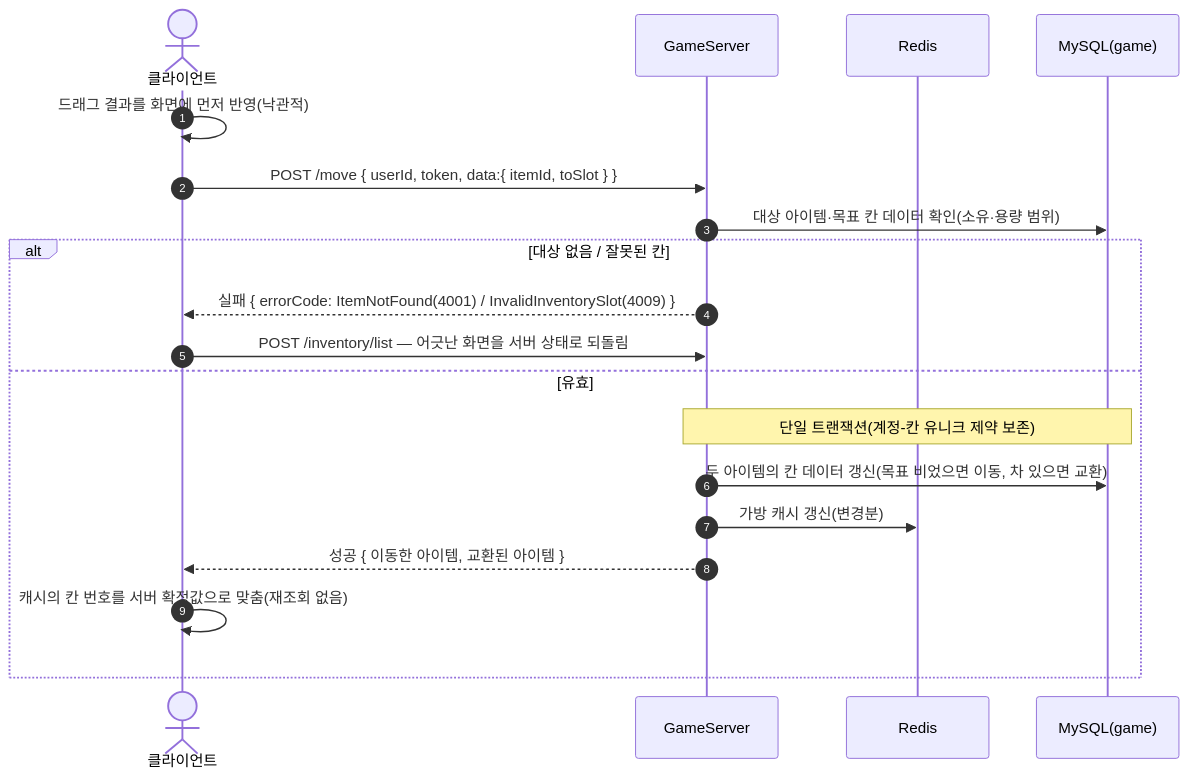
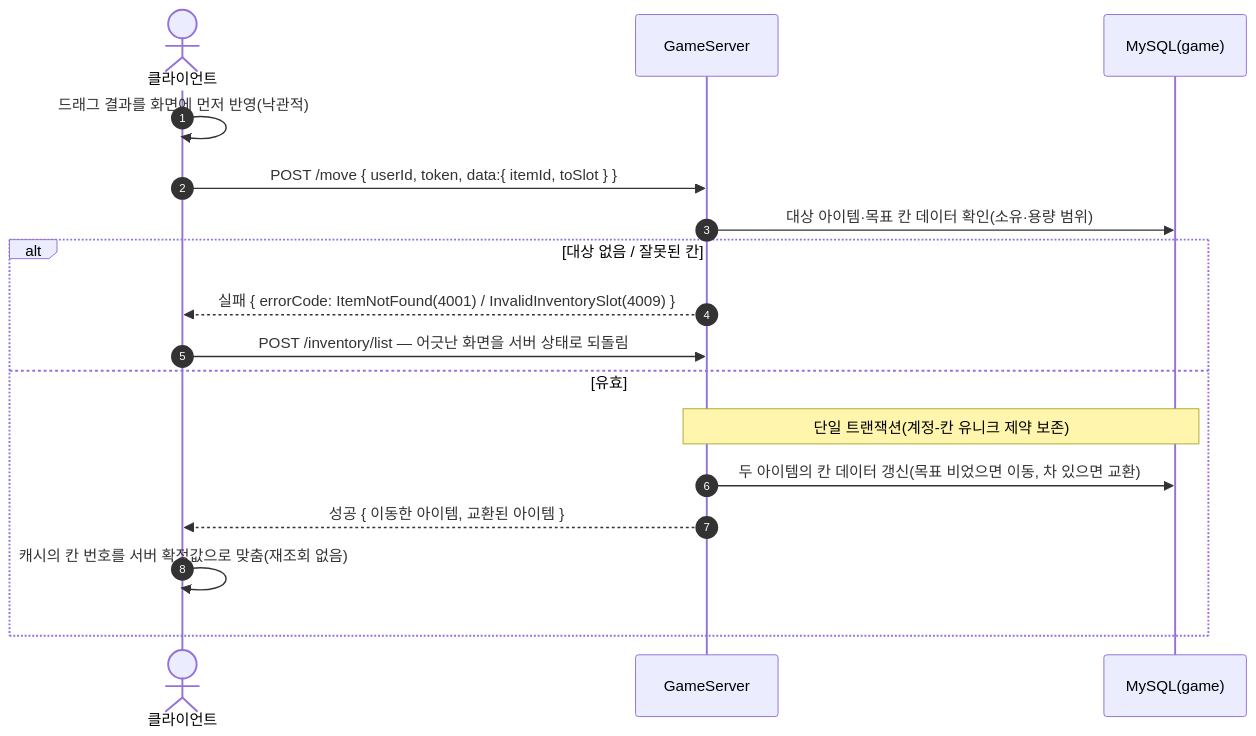
One commit to ks-wook/com2us-taskbar-hero changed diagram 14 of 38 in SequenceDiagram/README.md. Above: the diagram before and after it, drawn with Mermaid. The commit also changed other lines of this file and 17 other files, not shown here.

````diff
--- a/SequenceDiagram/README.md
+++ b/SequenceDiagram/README.md
@@ -482,22 +469,20 @@
 ```mermaid
 sequenceDiagram
     autonumber
     actor C as 클라이언트
     participant S as GameServer
-    participant R as Redis
     participant DB as MySQL(game)
 
     C->>C: 드래그 결과를 화면에 먼저 반영(낙관적)
     C->>S: POST /move { userId, token, data:{ itemId, toSlot } }
     S->>DB: 대상 아이템·목표 칸 데이터 확인(소유·용량 범위)
     alt 대상 없음 / 잘못된 칸
         S-->>C: 실패 { errorCode: ItemNotFound(4001) / InvalidInventorySlot(4009) }
         C->>S: POST /inventory/list — 어긋난 화면을 서버 상태로 되돌림
     else 유효
         Note over S,DB: 단일 트랜잭션(계정-칸 유니크 제약 보존)
         S->>DB: 두 아이템의 칸 데이터 갱신(목표 비었으면 이동, 차 있으면 교환)
-        S->>R: 가방 캐시 갱신(변경분)
         S-->>C: 성공 { 이동한 아이템, 교환된 아이템 }
         C->>C: 캐시의 칸 번호를 서버 확정값으로 맞춤(재조회 없음)
     end
 ```
````
